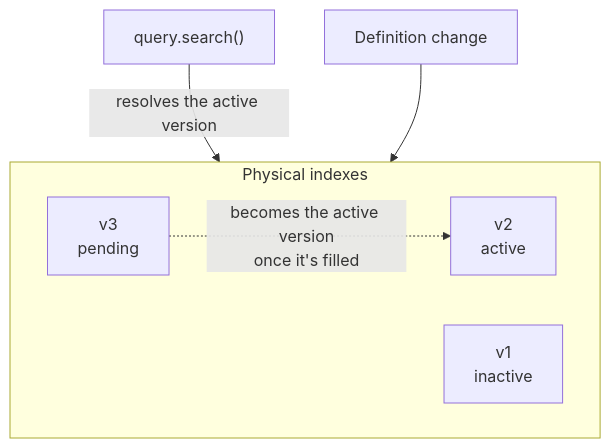
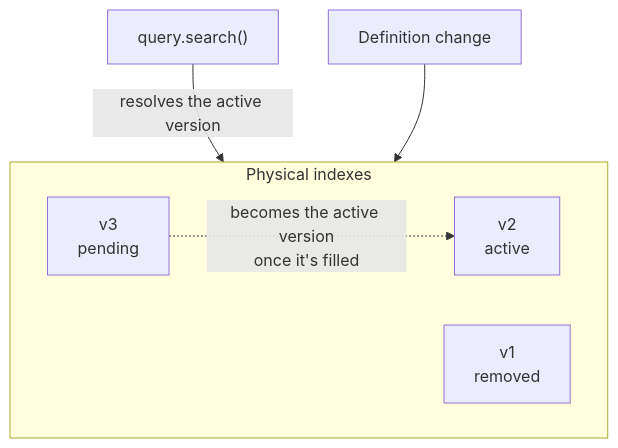
One commit to medusajs/medusa changed the first of 2 diagrams in www/apps/resources/app/infrastructure-modules/search/reindexing/page.mdx. Above: the diagram before and after it, drawn with Mermaid. The commit also changed other lines of this file and 3 other files, not shown here.

````diff
--- a/www/apps/resources/app/infrastructure-modules/search/reindexing/page.mdx
+++ b/www/apps/resources/app/infrastructure-modules/search/reindexing/page.mdx
@@ -104,15 +143,15 @@
 ```mermaid
 flowchart TD
     S["query.search()"]
     S -->|"resolves the active version"| V2
 
     subgraph phys["Physical indexes"]
         direction LR
-        V1["v1<br/>inactive"]
+        V1["v1<br/>removed"]
         V2["v2<br/>active"]
         V3["v3<br/>pending"]
     end
 
     D["Definition change"] --> V3
     V3 -. "becomes the active version<br/>once it's filled" .-> V2
 ```
````
